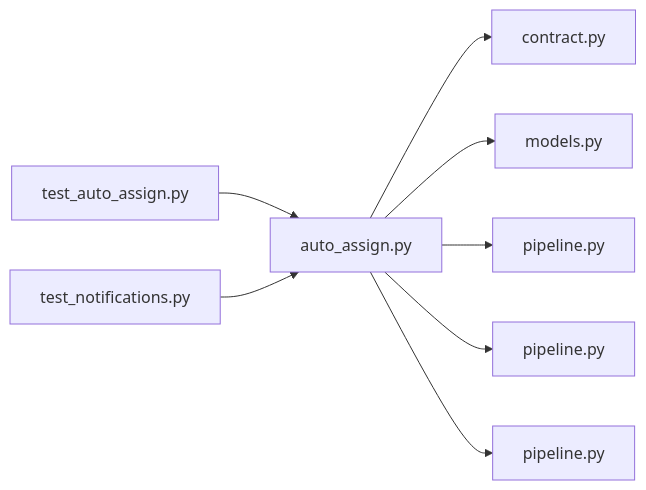
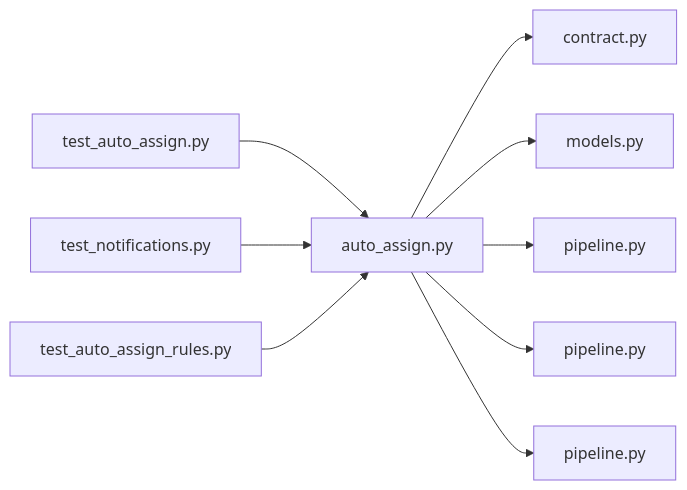
One commit to minkong-dev/Banblit changed the diagram in .cluedoc/graph/backend/src/backend/jobs/auto_assign.md. Above: the diagram before and after it, drawn with Mermaid. The commit also changed other lines of this file and 35 other files, not shown here.

````diff
--- a/.cluedoc/graph/backend/src/backend/jobs/auto_assign.md
+++ b/.cluedoc/graph/backend/src/backend/jobs/auto_assign.md
@@ -10,11 +10,12 @@
 ```mermaid
 flowchart LR
   backend_src_backend_jobs_auto_assign["auto_assign.py"]
   backend_src_backend_jobs_auto_assign --> backend_src_backend_contract["contract.py"]
   backend_src_backend_jobs_auto_assign --> backend_src_backend_db_models["models.py"]
   backend_src_backend_jobs_auto_assign --> backend_src_backend_db_pipeline["pipeline.py"]
   backend_src_backend_jobs_auto_assign --> backend_src_backend_services_board_pipeline["pipeline.py"]
   backend_src_backend_jobs_auto_assign --> backend_src_backend_services_period_pipeline["pipeline.py"]
   backend_tests_integration_db_test_auto_assign["test_auto_assign.py"] --> backend_src_backend_jobs_auto_assign
   backend_tests_integration_db_test_notifications["test_notifications.py"] --> backend_src_backend_jobs_auto_assign
+  backend_tests_unit_test_auto_assign_rules["test_auto_assign_rules.py"] --> backend_src_backend_jobs_auto_assign
 ```
````
